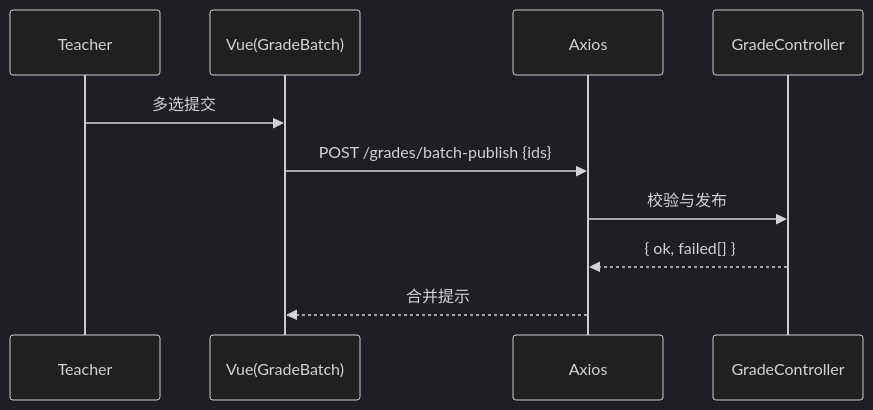
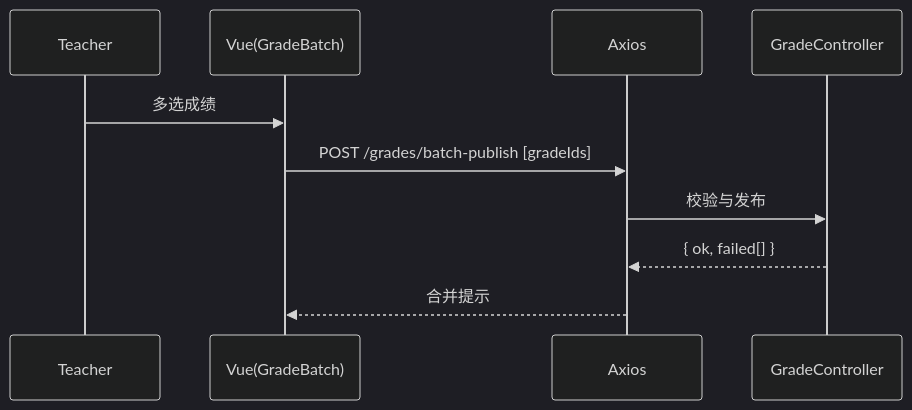
One commit to Xiaorui-Zhang537/student-core-competency-cultivation-assessment-system changed the second of 4 diagrams in docs/cookbook.md. Above: the diagram before and after it, drawn with Mermaid (dark theme). The commit also changed other lines of this file and 110 other files, not shown here.

````diff
--- a/docs/cookbook.md
+++ b/docs/cookbook.md
@@ -70,13 +80,13 @@
 ```mermaid
 sequenceDiagram
   participant T as Teacher
   participant V as Vue(GradeBatch)
   participant A as Axios
   participant G as GradeController
 
-  T->>V: 多选提交
-  V->>A: POST /grades/batch-publish {ids}
+  T->>V: 多选成绩
+  V->>A: POST /grades/batch-publish [gradeIds]
   A->>G: 校验与发布
   G-->>A: { ok, failed[] }
   A-->>V: 合并提示
 ```
````
